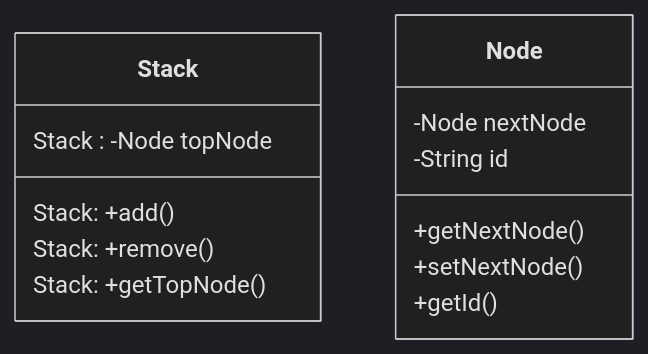
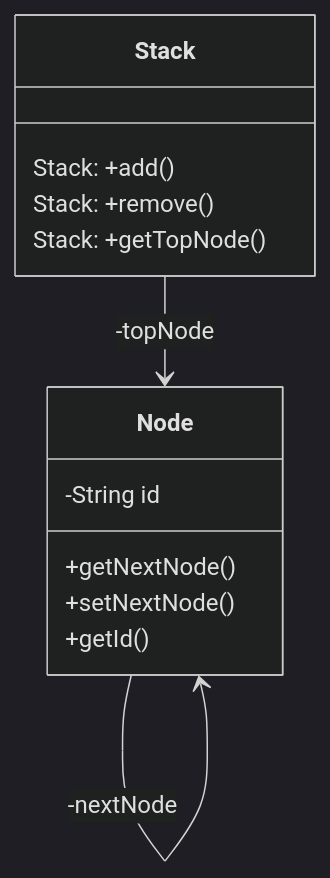
Before and after one commit to rueckertgym/begleitmaterial: the diagram in book/lineareDatenstrukturen/stack/stack_Modellierung.md, drawn with Mermaid (dark theme). The commit also changed 1 other file, not shown here.

Commit message:
Aktualisieren book/lineareDatenstrukturen/queue/queue_Modellierung.md, book/lineareDatenstrukturen/stack/stack_Modellierung.md

````diff
--- a/book/lineareDatenstrukturen/stack/stack_Modellierung.md
+++ b/book/lineareDatenstrukturen/stack/stack_Modellierung.md
@@ -9,16 +9,16 @@
 ```mermaid
 classDiagram
-  class Stack {
-    Stack : -Node topNode
+Stack --> Node : -topNode
+Node --> Node : -nextNode
+  class Stack {    
     Stack: +add()
     Stack: +remove()
     Stack: +getTopNode()
   }
   class Node{
-    -Node nextNode
     -String id
     +getNextNode()
     +setNextNode()
     +getId()
   }
 ```
````
